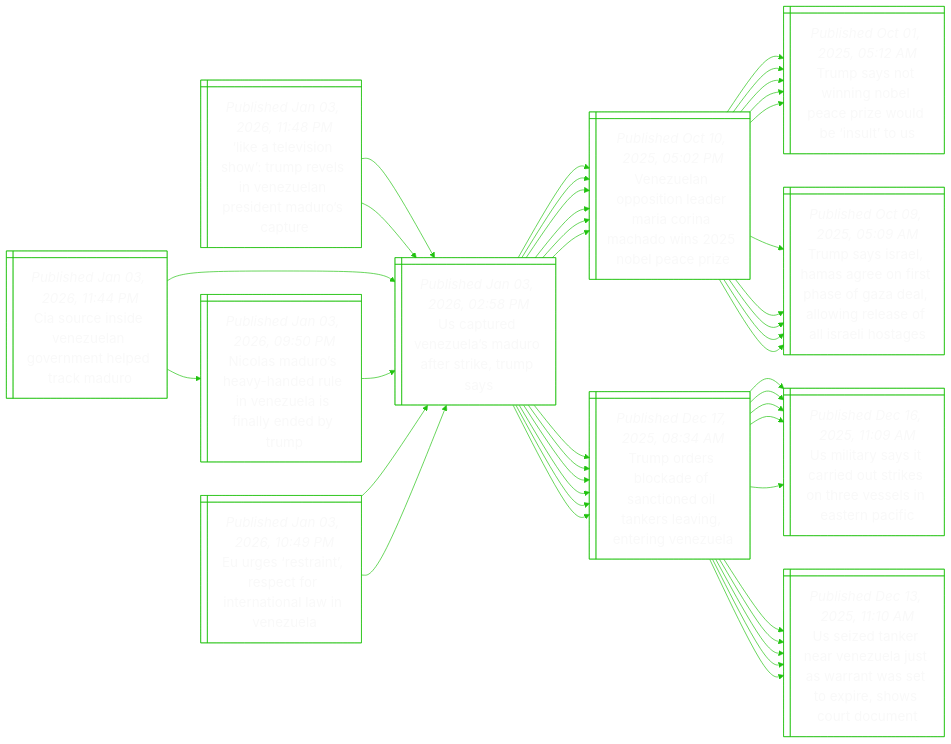
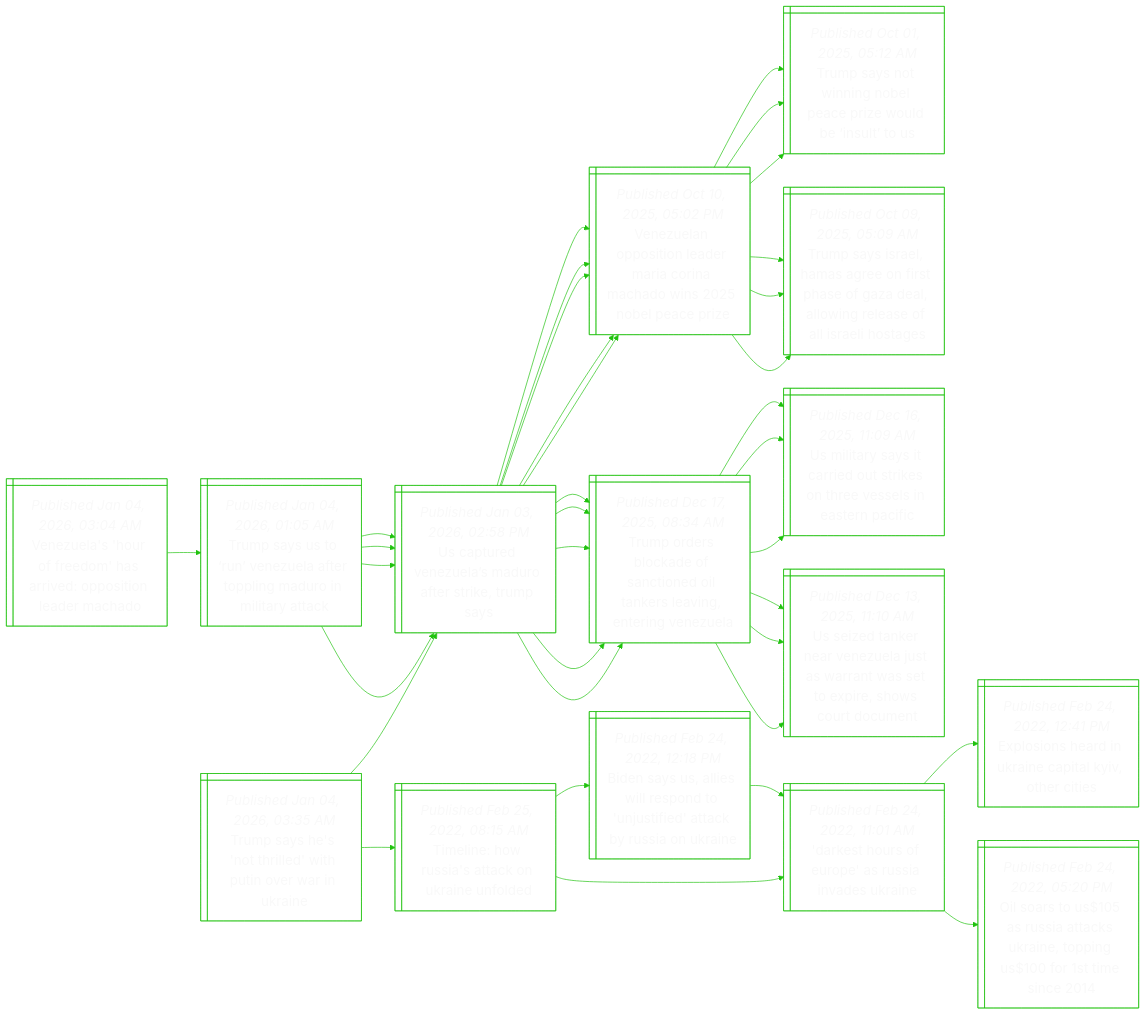
One commit to notJmes/notJmes changed the diagram in README.md. Above: the diagram before and after it, drawn with Mermaid. The commit also changed other lines of this file, not shown here.

```diff
--- a/README.md
+++ b/README.md
@@ -16,8 +16,76 @@
 flowchart LR
 classDef txtsize font-size:20px;
 
-Ltisreieastrp@{ shape: win-pane, label: "_Published Jan 03, 2026, 11:48 PM_
-‘like a television show’: trump revels in venezuelan president maduro’s capture" }
+Tsetltirni@{ shape: win-pane, label: "_Published Jan 04, 2026, 03:35 AM_
+Trump says he's 'not thrilled' with putin over war in ukraine" }
+UtVuMorkms@{ shape: win-pane, label: "_Published Jan 03, 2026, 02:58 PM_
+Us captured venezuela’s maduro after strike, trump says" }
+Vuoilranhibai@{ shape: win-pane, label: "_Published Oct 10, 2025, 05:02 PM_
+Venezuelan opposition leader maria corina machado wins 2025 nobel peace prize" }
+TsonoeroelS@{ shape: win-pane, label: "_Published Oct 01, 2025, 05:12 AM_
+Trump says not winning nobel peace prize would be ‘insult’ to us" }
+TssHaossaaorslaoe@{ shape: win-pane, label: "_Published Oct 09, 2025, 05:09 AM_
+Trump says israel, hamas agree on first phase of gaza deal, allowing release of all israeli hostages" }
+Toskftdasitgz@{ shape: win-pane, label: "_Published Dec 17, 2025, 08:34 AM_
+Trump orders blockade of sanctioned oil tankers leaving, entering venezuela" }
+Uistitktvlanf@{ shape: win-pane, label: "_Published Dec 16, 2025, 11:09 AM_
+Us military says it carried out strikes on three vessels in eastern pacific" }
+Uznenltrwtphoon@{ shape: win-pane, label: "_Published Dec 13, 2025, 11:10 AM_
+Us seized tanker near venezuela just as warrant was set to expire, shows court document" }
+Tiwitnifd@{ shape: win-pane, label: "_Published Feb 25, 2022, 08:15 AM_
+Timeline: how russia's attack on ukraine unfolded" }
+DsruasvUn@{ shape: win-pane, label: "_Published Feb 24, 2022, 11:01 AM_
+'darkest hours of europe' as russia invades ukraine" }
+Eshiaalocs@{ shape: win-pane, label: "_Published Feb 24, 2022, 12:41 PM_
+Explosions heard in ukraine capital kyiv, other cities" }
+OaUuakaogrmc@{ shape: win-pane, label: "_Published Feb 24, 2022, 05:20 PM_
+Oil soars to us$105 as russia attacks ukraine, topping us$100 for 1st time since 2014" }
+BsSeloutdcuoa@{ shape: win-pane, label: "_Published Feb 24, 2022, 12:18 PM_
+Biden says us, allies will respond to 'unjustified' attack by russia on ukraine" }
+DsruasvUn@{ shape: win-pane, label: "_Published Feb 24, 2022, 11:01 AM_
+'darkest hours of europe' as russia invades ukraine" }
+
+Tsetltirni:::txtsize --> UtVuMorkms:::txtsize
+UtVuMorkms:::txtsize --> Vuoilranhibai:::txtsize
+Vuoilranhibai:::txtsize --> TsonoeroelS:::txtsize
+Vuoilranhibai:::txtsize --> TssHaossaaorslaoe:::txtsize
+UtVuMorkms:::txtsize --> Toskftdasitgz:::txtsize
+Toskftdasitgz:::txtsize --> Uistitktvlanf:::txtsize
+Toskftdasitgz:::txtsize --> Uznenltrwtphoon:::txtsize
+Tsetltirni:::txtsize --> Tiwitnifd:::txtsize
+Tiwitnifd:::txtsize --> DsruasvUn:::txtsize
+DsruasvUn:::txtsize --> Eshiaalocs:::txtsize
+DsruasvUn:::txtsize --> OaUuakaogrmc:::txtsize
+Tiwitnifd:::txtsize --> BsSeloutdcuoa:::txtsize
+BsSeloutdcuoa:::txtsize --> DsruasvUn:::txtsize
+
+Vuhfdsvpiaao@{ shape: win-pane, label: "_Published Jan 04, 2026, 03:04 AM_
+Venezuela's 'hour of freedom' has arrived: opposition leader machado" }
+TsSnzatidntt@{ shape: win-pane, label: "_Published Jan 04, 2026, 01:05 AM_
+Trump says us to ‘run’ venezuela after toppling maduro in military attack" }
+UtVuMorkms@{ shape: win-pane, label: "_Published Jan 03, 2026, 02:58 PM_
+Us captured venezuela’s maduro after strike, trump says" }
+Vuoilranhibai@{ shape: win-pane, label: "_Published Oct 10, 2025, 05:02 PM_
+Venezuelan opposition leader maria corina machado wins 2025 nobel peace prize" }
+Toskftdasitgz@{ shape: win-pane, label: "_Published Dec 17, 2025, 08:34 AM_
+Trump orders blockade of sanctioned oil tankers leaving, entering venezuela" }
+UtVuMorkms@{ shape: win-pane, label: "_Published Jan 03, 2026, 02:58 PM_
+Us captured venezuela’s maduro after strike, trump says" }
+Vuoilranhibai@{ shape: win-pane, label: "_Published Oct 10, 2025, 05:02 PM_
+Venezuelan opposition leader maria corina machado wins 2025 nobel peace prize" }
+Toskftdasitgz@{ shape: win-pane, label: "_Published Dec 17, 2025, 08:34 AM_
+Trump orders blockade of sanctioned oil tankers leaving, entering venezuela" }
+
+Vuhfdsvpiaao:::txtsize --> TsSnzatidntt:::txtsize
+TsSnzatidntt:::txtsize --> UtVuMorkms:::txtsize
+UtVuMorkms:::txtsize --> Vuoilranhibai:::txtsize
+UtVuMorkms:::txtsize --> Toskftdasitgz:::txtsize
+TsSnzatidntt:::txtsize --> UtVuMorkms:::txtsize
+UtVuMorkms:::txtsize --> Vuoilranhibai:::txtsize
+UtVuMorkms:::txtsize --> Toskftdasitgz:::txtsize
+
+TsSnzatidntt@{ shape: win-pane, label: "_Published Jan 04, 2026, 01:05 AM_
+Trump says us to ‘run’ venezuela after toppling maduro in military attack" }
 UtVuMorkms@{ shape: win-pane, label: "_Published Jan 03, 2026, 02:58 PM_
 Us captured venezuela’s maduro after strike, trump says" }
 Vuoilranhibai@{ shape: win-pane, label: "_Published Oct 10, 2025, 05:02 PM_
@@ -47,97 +115,14 @@
 Uznenltrwtphoon@{ shape: win-pane, label: "_Published Dec 13, 2025, 11:10 AM_
 Us seized tanker near venezuela just as warrant was set to expire, shows court document" }
 
-Ltisreieastrp:::txtsize --> UtVuMorkms:::txtsize
+TsSnzatidntt:::txtsize --> UtVuMorkms:::txtsize
 UtVuMorkms:::txtsize --> Vuoilranhibai:::txtsize
 Vuoilranhibai:::txtsize --> TsonoeroelS:::txtsize
 Vuoilranhibai:::txtsize --> TssHaossaaorslaoe:::txtsize
 UtVuMorkms:::txtsize --> Toskftdasitgz:::txtsize
 Toskftdasitgz:::txtsize --> Uistitktvlanf:::txtsize
 Toskftdasitgz:::txtsize --> Uznenltrwtphoon:::txtsize
-Ltisreieastrp:::txtsize --> UtVuMorkms:::txtsize
-UtVuMorkms:::txtsize --> Vuoilranhibai:::txtsize
-Vuoilranhibai:::txtsize --> TsonoeroelS:::txtsize
-Vuoilranhibai:::txtsize --> TssHaossaaorslaoe:::txtsize
-UtVuMorkms:::txtsize --> Toskftdasitgz:::txtsize
-Toskftdasitgz:::txtsize --> Uistitktvlanf:::txtsize
-Toskftdasitgz:::txtsize --> Uznenltrwtphoon:::txtsize
-
-CunVugnhdkr@{ shape: win-pane, label: "_Published Jan 03, 2026, 11:44 PM_
-Cia source inside venezuelan government helped track maduro" }
-UtVuMorkms@{ shape: win-pane, label: "_Published Jan 03, 2026, 02:58 PM_
-Us captured venezuela’s maduro after strike, trump says" }
-Vuoilranhibai@{ shape: win-pane, label: "_Published Oct 10, 2025, 05:02 PM_
-Venezuelan opposition leader maria corina machado wins 2025 nobel peace prize" }
-TsonoeroelS@{ shape: win-pane, label: "_Published Oct 01, 2025, 05:12 AM_
-Trump says not winning nobel peace prize would be ‘insult’ to us" }
-TssHaossaaorslaoe@{ shape: win-pane, label: "_Published Oct 09, 2025, 05:09 AM_
-Trump says israel, hamas agree on first phase of gaza deal, allowing release of all israeli hostages" }
-Toskftdasitgz@{ shape: win-pane, label: "_Published Dec 17, 2025, 08:34 AM_
-Trump orders blockade of sanctioned oil tankers leaving, entering venezuela" }
-Uistitktvlanf@{ shape: win-pane, label: "_Published Dec 16, 2025, 11:09 AM_
-Us military says it carried out strikes on three vessels in eastern pacific" }
-Uznenltrwtphoon@{ shape: win-pane, label: "_Published Dec 13, 2025, 11:10 AM_
-Us seized tanker near venezuela just as warrant was set to expire, shows court document" }
-Nauearnzianyp@{ shape: win-pane, label: "_Published Jan 03, 2026, 09:50 PM_
-Nicolas maduro’s heavy-handed rule in venezuela is finally ended by trump" }
-UtVuMorkms@{ shape: win-pane, label: "_Published Jan 03, 2026, 02:58 PM_
-Us captured venezuela’s maduro after strike, trump says" }
-Vuoilranhibai@{ shape: win-pane, label: "_Published Oct 10, 2025, 05:02 PM_
-Venezuelan opposition leader maria corina machado wins 2025 nobel peace prize" }
-Toskftdasitgz@{ shape: win-pane, label: "_Published Dec 17, 2025, 08:34 AM_
-Trump orders blockade of sanctioned oil tankers leaving, entering venezuela" }
-
-CunVugnhdkr:::txtsize --> UtVuMorkms:::txtsize
-UtVuMorkms:::txtsize --> Vuoilranhibai:::txtsize
-Vuoilranhibai:::txtsize --> TsonoeroelS:::txtsize
-Vuoilranhibai:::txtsize --> TssHaossaaorslaoe:::txtsize
-UtVuMorkms:::txtsize --> Toskftdasitgz:::txtsize
-Toskftdasitgz:::txtsize --> Uistitktvlanf:::txtsize
-Toskftdasitgz:::txtsize --> Uznenltrwtphoon:::txtsize
-CunVugnhdkr:::txtsize --> Nauearnzianyp:::txtsize
-Nauearnzianyp:::txtsize --> UtVuMorkms:::txtsize
-UtVuMorkms:::txtsize --> Vuoilranhibai:::txtsize
-UtVuMorkms:::txtsize --> Toskftdasitgz:::txtsize
-
-Eetterroaee@{ shape: win-pane, label: "_Published Jan 03, 2026, 10:49 PM_
-Eu urges ‘restraint’, respect for international law in venezuela" }
-UtVuMorkms@{ shape: win-pane, label: "_Published Jan 03, 2026, 02:58 PM_
-Us captured venezuela’s maduro after strike, trump says" }
-Vuoilranhibai@{ shape: win-pane, label: "_Published Oct 10, 2025, 05:02 PM_
-Venezuelan opposition leader maria corina machado wins 2025 nobel peace prize" }
-TsonoeroelS@{ shape: win-pane, label: "_Published Oct 01, 2025, 05:12 AM_
-Trump says not winning nobel peace prize would be ‘insult’ to us" }
-TssHaossaaorslaoe@{ shape: win-pane, label: "_Published Oct 09, 2025, 05:09 AM_
-Trump says israel, hamas agree on first phase of gaza deal, allowing release of all israeli hostages" }
-Toskftdasitgz@{ shape: win-pane, label: "_Published Dec 17, 2025, 08:34 AM_
-Trump orders blockade of sanctioned oil tankers leaving, entering venezuela" }
-Uistitktvlanf@{ shape: win-pane, label: "_Published Dec 16, 2025, 11:09 AM_
-Us military says it carried out strikes on three vessels in eastern pacific" }
-Uznenltrwtphoon@{ shape: win-pane, label: "_Published Dec 13, 2025, 11:10 AM_
-Us seized tanker near venezuela just as warrant was set to expire, shows court document" }
-UtVuMorkms@{ shape: win-pane, label: "_Published Jan 03, 2026, 02:58 PM_
-Us captured venezuela’s maduro after strike, trump says" }
-Vuoilranhibai@{ shape: win-pane, label: "_Published Oct 10, 2025, 05:02 PM_
-Venezuelan opposition leader maria corina machado wins 2025 nobel peace prize" }
-TsonoeroelS@{ shape: win-pane, label: "_Published Oct 01, 2025, 05:12 AM_
-Trump says not winning nobel peace prize would be ‘insult’ to us" }
-TssHaossaaorslaoe@{ shape: win-pane, label: "_Published Oct 09, 2025, 05:09 AM_
-Trump says israel, hamas agree on first phase of gaza deal, allowing release of all israeli hostages" }
-Toskftdasitgz@{ shape: win-pane, label: "_Published Dec 17, 2025, 08:34 AM_
-Trump orders blockade of sanctioned oil tankers leaving, entering venezuela" }
-Uistitktvlanf@{ shape: win-pane, label: "_Published Dec 16, 2025, 11:09 AM_
-Us military says it carried out strikes on three vessels in eastern pacific" }
-Uznenltrwtphoon@{ shape: win-pane, label: "_Published Dec 13, 2025, 11:10 AM_
-Us seized tanker near venezuela just as warrant was set to expire, shows court document" }
-
-Eetterroaee:::txtsize --> UtVuMorkms:::txtsize
-UtVuMorkms:::txtsize --> Vuoilranhibai:::txtsize
-Vuoilranhibai:::txtsize --> TsonoeroelS:::txtsize
-Vuoilranhibai:::txtsize --> TssHaossaaorslaoe:::txtsize
-UtVuMorkms:::txtsize --> Toskftdasitgz:::txtsize
-Toskftdasitgz:::txtsize --> Uistitktvlanf:::txtsize
-Toskftdasitgz:::txtsize --> Uznenltrwtphoon:::txtsize
-Eetterroaee:::txtsize --> UtVuMorkms:::txtsize
+TsSnzatidntt:::txtsize --> UtVuMorkms:::txtsize
 UtVuMorkms:::txtsize --> Vuoilranhibai:::txtsize
 Vuoilranhibai:::txtsize --> TsonoeroelS:::txtsize
 Vuoilranhibai:::txtsize --> TssHaossaaorslaoe:::txtsize
```
